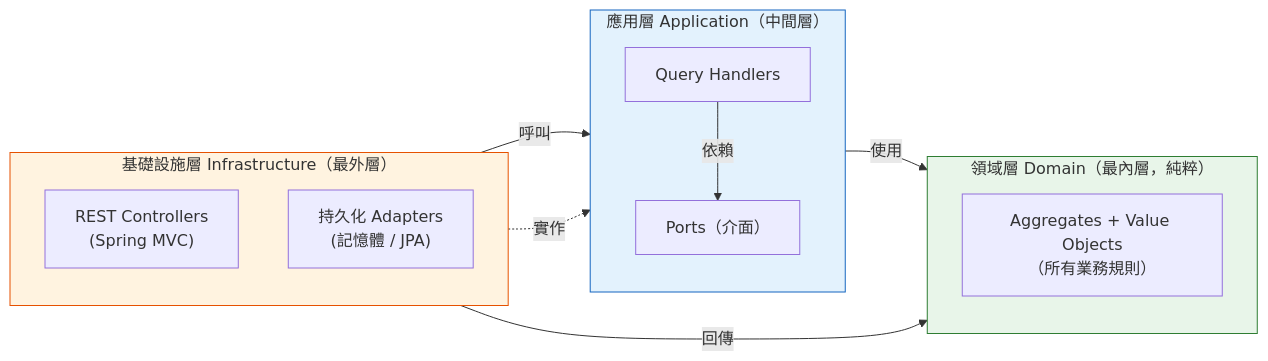
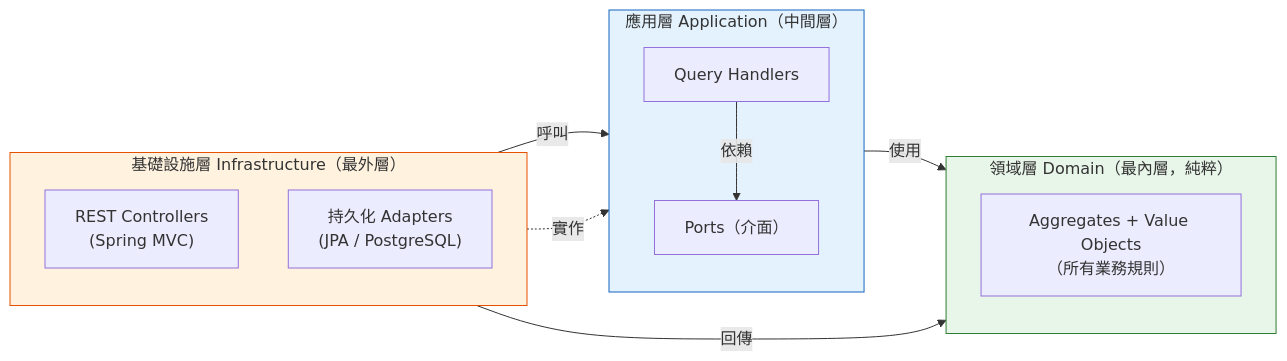
The first of 7 diagrams in README.md (ChunPingWang/spring-boot-ddd-hexagonal-cqrs-tutorial), drawn with Mermaid before and after one commit. The commit also changed other lines of this file and 27 other files, not shown here.

First line of the commit message:
功能：以 JPA + PostgreSQL + Flyway 取代記憶體持久化，整合測試走 Testcontainers

````diff
--- a/README.md
+++ b/README.md
@@ -83,27 +84,27 @@
 ```mermaid
 flowchart LR
     subgraph Infrastructure["基礎設施層 Infrastructure（最外層）"]
         direction TB
         REST["REST Controllers<br/>(Spring MVC)"]
-        DB["持久化 Adapters<br/>(記憶體 / JPA)"]
+        DB["持久化 Adapters<br/>(JPA / PostgreSQL)"]
     end
     subgraph Application["應用層 Application（中間層）"]
         direction TB
         HANDLER["Query Handlers"]
         PORTS["Ports（介面）"]
     end
     subgraph Domain["領域層 Domain（最內層，純粹）"]
         direction TB
         AGG["Aggregates + Value Objects<br/>（所有業務規則）"]
     end
 
     REST -->|呼叫| HANDLER
     HANDLER -->|使用| AGG
     HANDLER -->|依賴| PORTS
     DB -.實作.-> PORTS
     DB -->|回傳| AGG
 
     style Domain fill:#e8f5e9,stroke:#2e7d32
     style Application fill:#e3f2fd,stroke:#1565c0
     style Infrastructure fill:#fff3e0,stroke:#e65100
 ```
````
